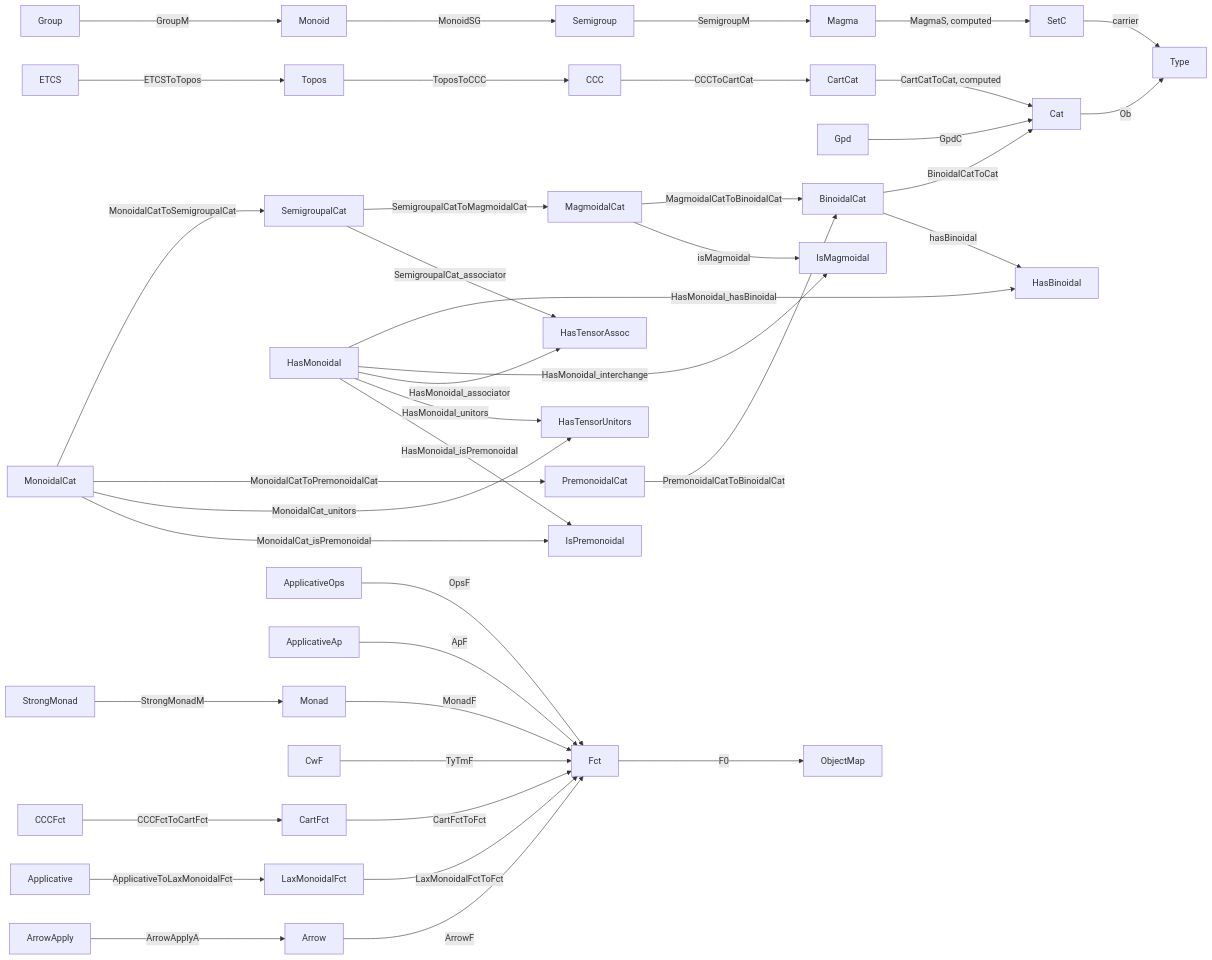
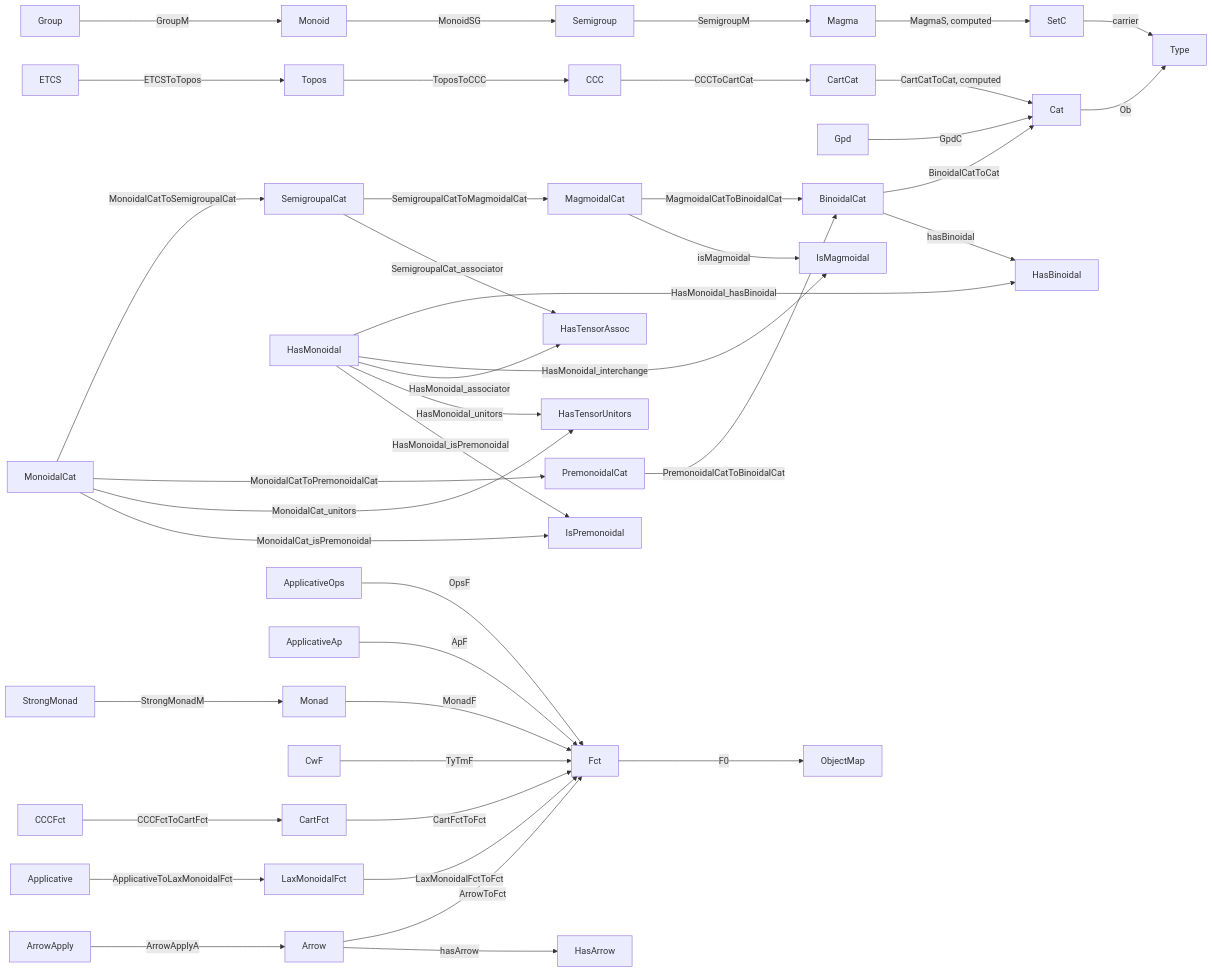
Before and after one commit to Godalin/rocq-cats: the diagram in docs/history/BundledInterfaces.md, drawn with Mermaid. The commit also changed other lines of this file and 57 other files, not shown here.

````diff
--- a/docs/history/BundledInterfaces.md
+++ b/docs/history/BundledInterfaces.md
@@ -1147,42 +1147,43 @@
 ```mermaid
 flowchart LR
   Group -->|GroupM| Monoid
   Monoid -->|MonoidSG| Semigroup
   Semigroup -->|SemigroupM| Magma
   Magma -->|MagmaS, computed| SetC
   SetC -->|carrier| Type
   ETCS -->|ETCSToTopos| Topos
   Topos -->|ToposToCCC| CCC
   CCC -->|CCCToCartCat| CartCat
   CartCat -->|CartCatToCat, computed| Cat
   Gpd -->|GpdC| Cat
   Cat -->|Ob| Type
   MonoidalCat -->|MonoidalCatToSemigroupalCat| SemigroupalCat
   MonoidalCat -->|MonoidalCatToPremonoidalCat| PremonoidalCat
   MonoidalCat -->|MonoidalCat_unitors| HasTensorUnitors
   MonoidalCat -->|MonoidalCat_isPremonoidal| IsPremonoidal
   SemigroupalCat -->|SemigroupalCatToMagmoidalCat| MagmoidalCat
   SemigroupalCat -->|SemigroupalCat_associator| HasTensorAssoc
   MagmoidalCat -->|MagmoidalCatToBinoidalCat| BinoidalCat
   MagmoidalCat -->|isMagmoidal| IsMagmoidal
   HasMonoidal -->|HasMonoidal_hasBinoidal| HasBinoidal
   HasMonoidal -->|HasMonoidal_interchange| IsMagmoidal
   PremonoidalCat -->|PremonoidalCatToBinoidalCat| BinoidalCat
   HasMonoidal -->|HasMonoidal_associator| HasTensorAssoc
   HasMonoidal -->|HasMonoidal_unitors| HasTensorUnitors
   HasMonoidal -->|HasMonoidal_isPremonoidal| IsPremonoidal
   BinoidalCat -->|BinoidalCatToCat| Cat
   BinoidalCat -->|hasBinoidal| HasBinoidal
   StrongMonad -->|StrongMonadM| Monad
   Monad -->|MonadF| Fct
   CCCFct -->|CCCFctToCartFct| CartFct
   CartFct -->|CartFctToFct| Fct
   Applicative -->|ApplicativeToLaxMonoidalFct| LaxMonoidalFct
   LaxMonoidalFct -->|LaxMonoidalFctToFct| Fct
   ApplicativeOps -->|OpsF| Fct
   ApplicativeAp -->|ApF| Fct
   ArrowApply -->|ArrowApplyA| Arrow
-  Arrow -->|ArrowF| Fct
+  Arrow -->|ArrowToFct| Fct
+  Arrow -->|hasArrow| HasArrow
   CwF -->|TyTmF| Fct
   Fct -->|F0| ObjectMap
 ```
````
